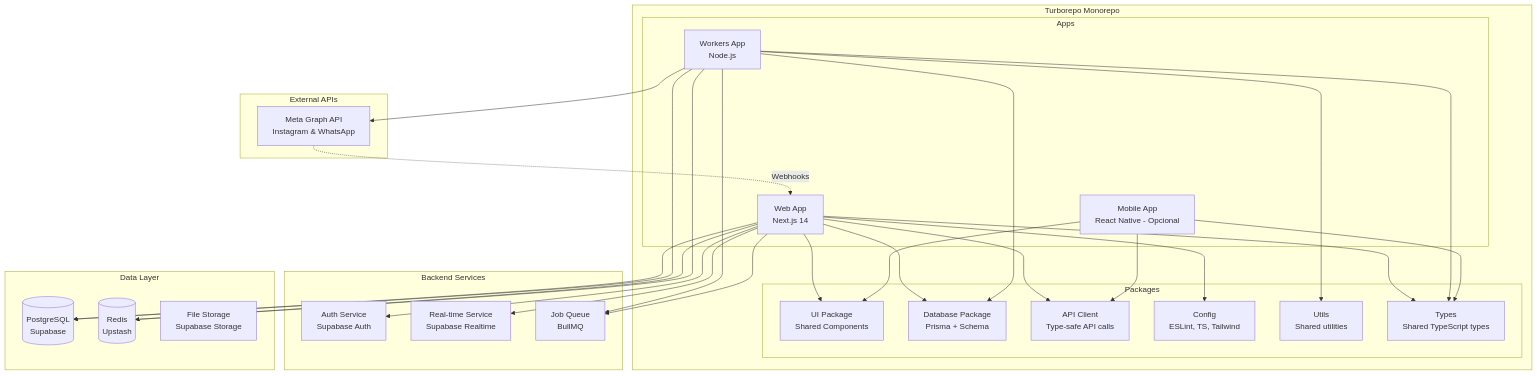
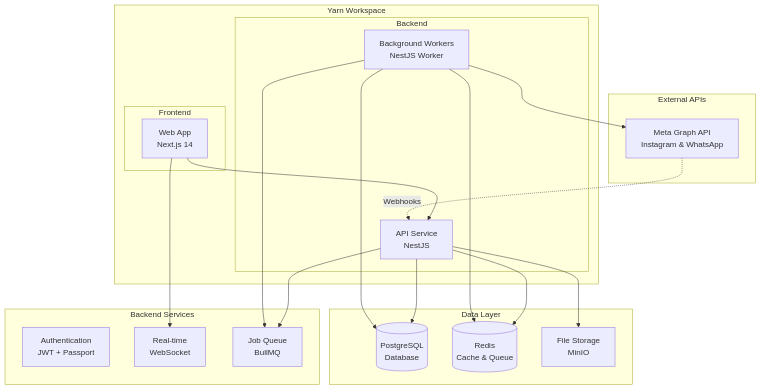
One commit to willianbvsanches13/social-selling changed the first of 10 diagrams in tasks/social-selling/OVERVIEW.md. Above: the diagram before and after it, drawn with Mermaid. The commit also changed other lines of this file and 4 other files, not shown here.

````diff
--- a/tasks/social-selling/OVERVIEW.md
+++ b/tasks/social-selling/OVERVIEW.md
@@ -19,62 +19,44 @@
 ```mermaid
 graph TB
-    subgraph "Turborepo Monorepo"
-        subgraph "Apps"
+    subgraph "Yarn Workspace"
+        subgraph "Frontend"
             WEB[Web App<br/>Next.js 14]
-            WORKERS[Workers App<br/>Node.js]
-            MOBILE[Mobile App<br/>React Native - Opcional]
         end
 
-        subgraph "Packages"
-            UI[UI Package<br/>Shared Components]
-            DB[Database Package<br/>Prisma + Schema]
-            API_CLIENT[API Client<br/>Type-safe API calls]
-            CONFIG[Config<br/>ESLint, TS, Tailwind]
-            UTILS[Utils<br/>Shared utilities]
-            TYPES[Types<br/>Shared TypeScript types]
+        subgraph "Backend"
+            API[API Service<br/>NestJS]
+            WORKER[Background Workers<br/>NestJS Worker]
         end
     end
 
     subgraph "Backend Services"
-        AUTH[Auth Service<br/>Supabase Auth]
-        REALTIME[Real-time Service<br/>Supabase Realtime]
+        AUTH[Authentication<br/>JWT + Passport]
+        REALTIME[Real-time<br/>WebSocket]
         QUEUE[Job Queue<br/>BullMQ]
     end
 
     subgraph "Data Layer"
-        SUPABASE_DB[(PostgreSQL<br/>Supabase)]
-        CACHE[(Redis<br/>Upstash)]
-        STORAGE[File Storage<br/>Supabase Storage]
+        POSTGRES[(PostgreSQL<br/>Database)]
+        REDIS[(Redis<br/>Cache & Queue)]
+        STORAGE[File Storage<br/>MinIO]
     end
 
     subgraph "External APIs"
         META[Meta Graph API<br/>Instagram & WhatsApp]
     end
 
-    WEB --> UI
-    WEB --> DB
-    WEB --> API_CLIENT
-    WEB --> CONFIG
-    WEB --> TYPES
+    WEB --> API
+    WEB --> REALTIME
 
-    WORKERS --> DB
-    WORKERS --> UTILS
-    WORKERS --> TYPES
-    WORKERS --> QUEUE
+    API --> POSTGRES
+    API --> REDIS
+    API --> QUEUE
+    API --> STORAGE
 
-    MOBILE --> UI
-    MOBILE --> API_CLIENT
-    MOBILE --> TYPES
+    WORKER --> QUEUE
+    WORKER --> POSTGRES
+    WORKER --> META
+    WORKER --> REDIS
 
-    WEB --> AUTH
-    WEB --> REALTIME
-    WEB --> SUPABASE_DB
-    WEB --> CACHE
-    WEB --> QUEUE
-
-    WORKERS --> META
-    WORKERS --> SUPABASE_DB
-    WORKERS --> CACHE
-
-    META -.Webhooks.-> WEB
+    META -.Webhooks.-> API
 ```
````
